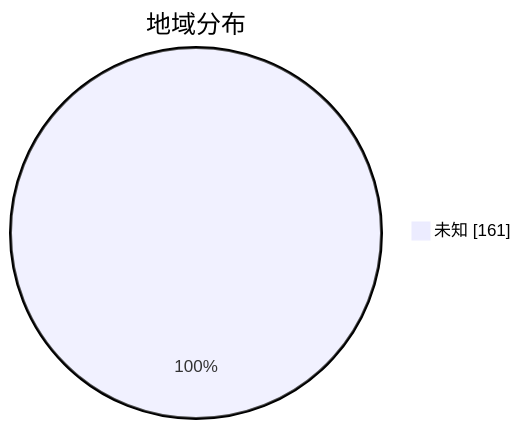
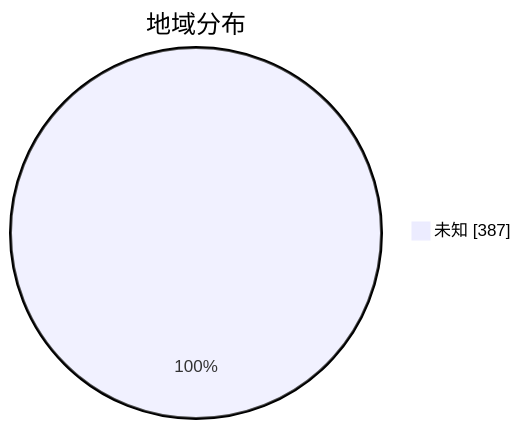
Before and after one commit to qjlxg/airport: the second of 3 diagrams in subs/statistics/tested_within.md, drawn with Mermaid. The commit also changed other lines of this file and 2 other files, not shown here.

````diff
--- a/subs/statistics/tested_within.md
+++ b/subs/statistics/tested_within.md
@@ -11,5 +14,5 @@
 ```mermaid
 pie showData
 title 地域分布
-"未知" : 161
+"未知" : 387
 ```
````
